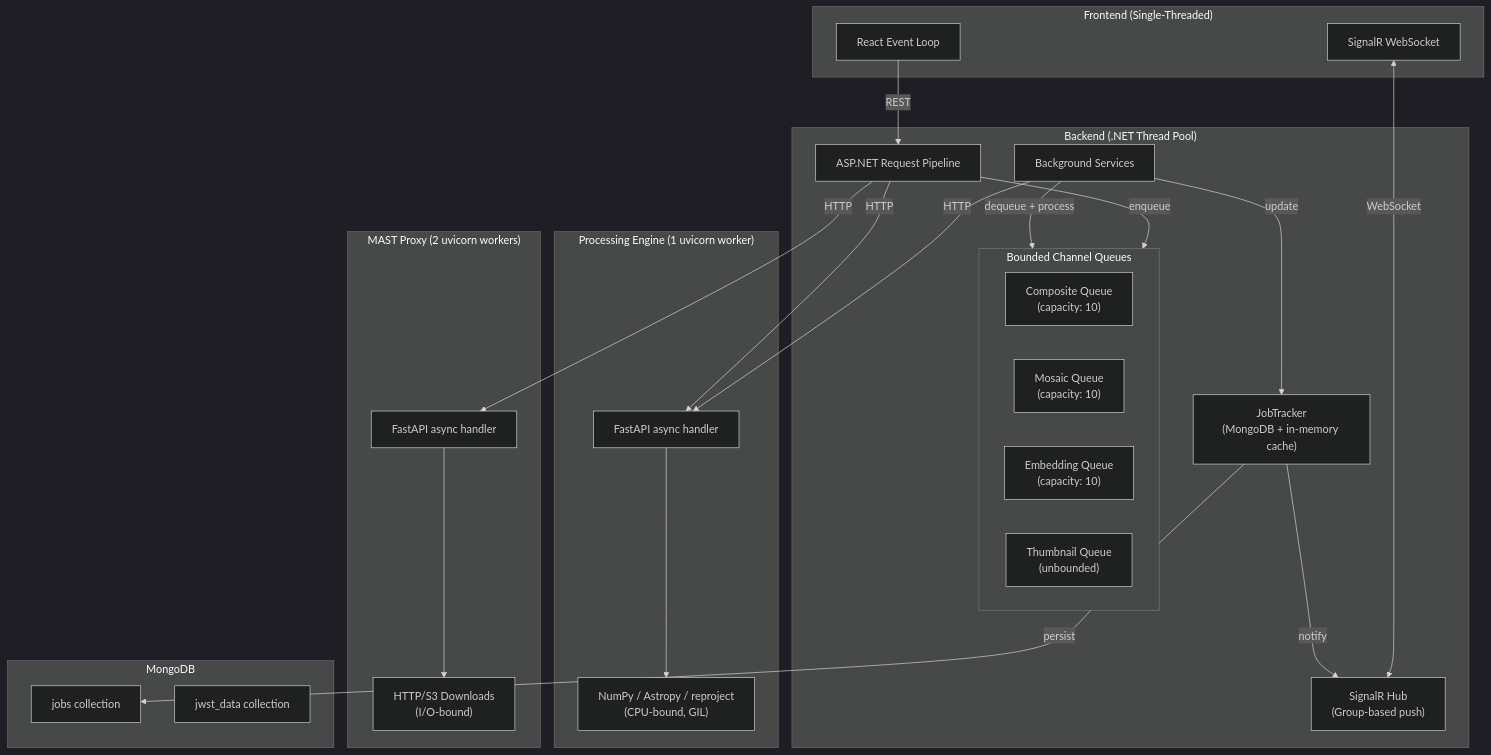
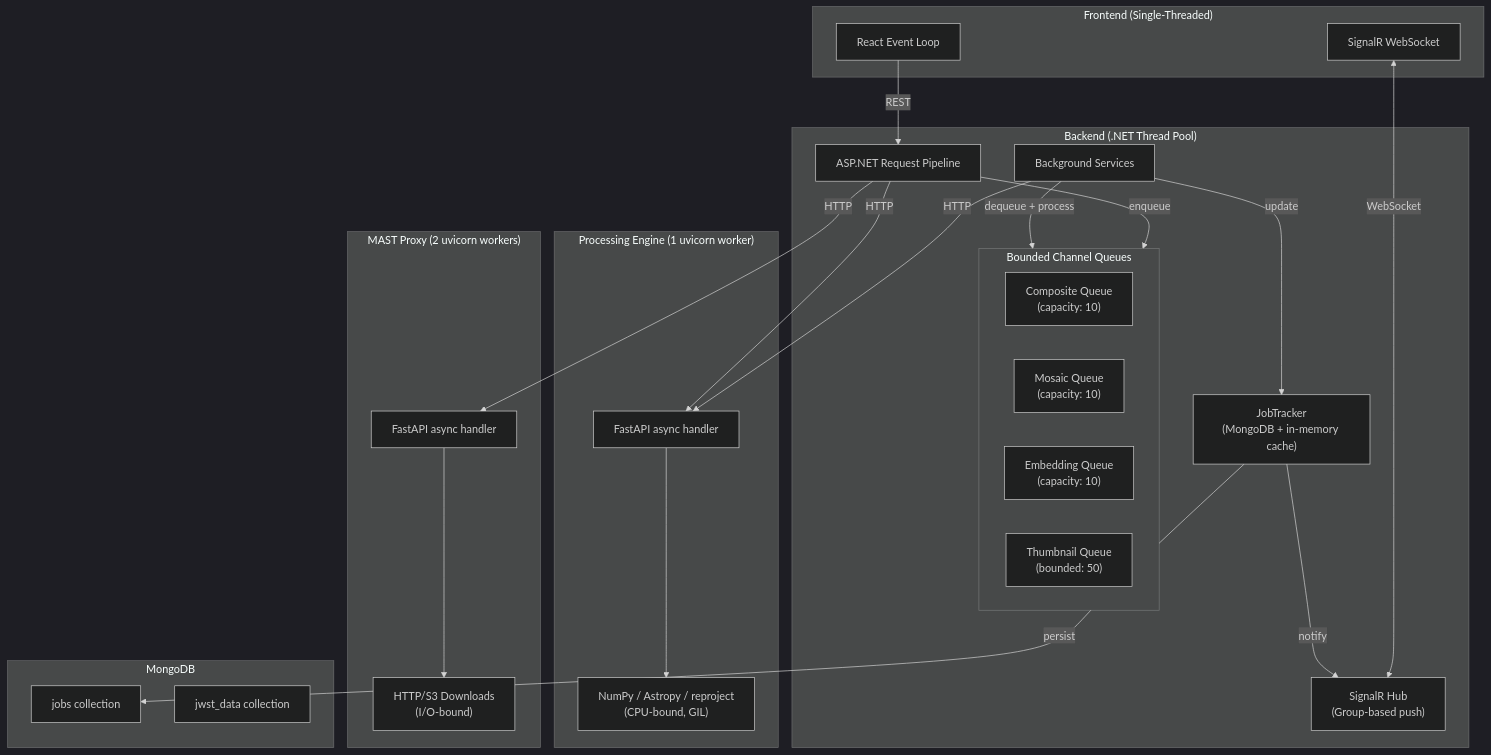
Before and after one commit to Snoww3d/jwst-data-analysis: the first of 3 diagrams in docs/architecture/concurrency-model.md, drawn with Mermaid (dark theme). The commit also changed other lines of this file and 15 other files, not shown here.

First line of the commit message:
fix: bound thumbnail queue with async back-pressure (#1986)

````diff
--- a/docs/architecture/concurrency-model.md
+++ b/docs/architecture/concurrency-model.md
@@ -9,48 +9,48 @@
 ```mermaid
 flowchart TB
     subgraph Frontend["Frontend (Single-Threaded)"]
         UI["React Event Loop"]
         WS["SignalR WebSocket"]
     end
 
     subgraph Backend["Backend (.NET Thread Pool)"]
         API["ASP.NET Request Pipeline"]
         BG["Background Services"]
         subgraph Queues["Bounded Channel Queues"]
             CQ["Composite Queue\n(capacity: 10)"]
             MQ["Mosaic Queue\n(capacity: 10)"]
             EQ["Embedding Queue\n(capacity: 10)"]
-            TQ["Thumbnail Queue\n(unbounded)"]
+            TQ["Thumbnail Queue\n(bounded: 50)"]
         end
         Hub["SignalR Hub\n(Group-based push)"]
         JT["JobTracker\n(MongoDB + in-memory cache)"]
     end
 
     subgraph Engine["Processing Engine (1 uvicorn worker)"]
         PE["FastAPI async handler"]
         Sci["NumPy / Astropy / reproject\n(CPU-bound, GIL)"]
     end
 
     subgraph MastP["MAST Proxy (2 uvicorn workers)"]
         MP["FastAPI async handler"]
         DL["HTTP/S3 Downloads\n(I/O-bound)"]
     end
 
     subgraph Mongo["MongoDB"]
         Jobs["jobs collection"]
         Data["jwst_data collection"]
     end
 
     UI -->|REST| API
     WS <-->|WebSocket| Hub
     API -->|enqueue| Queues
     BG -->|dequeue + process| Queues
     BG -->|HTTP| PE
     API -->|HTTP| PE
     API -->|HTTP| MP
     BG -->|update| JT
     JT -->|persist| Jobs
     JT -->|notify| Hub
     PE --> Sci
     MP --> DL
 ```
````
